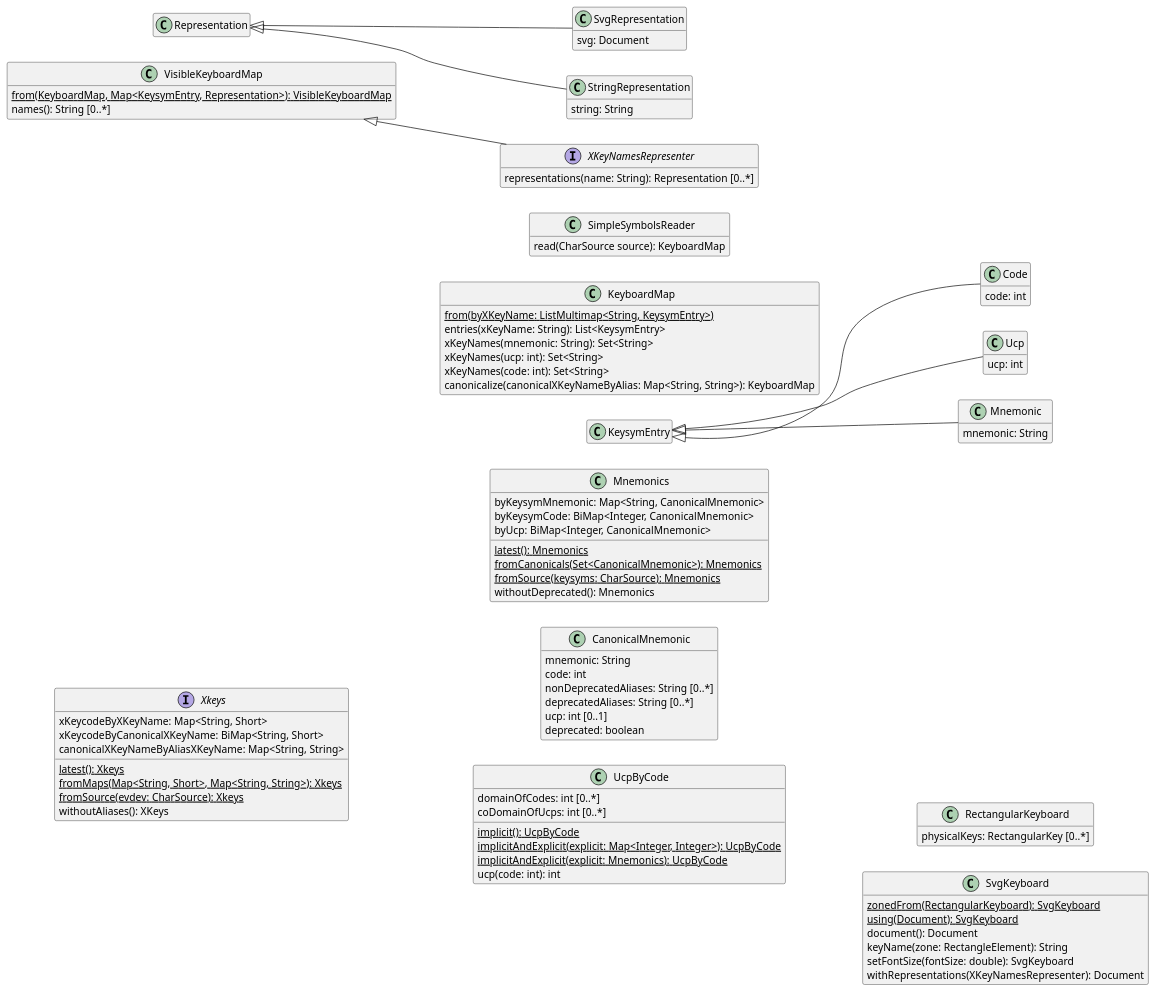
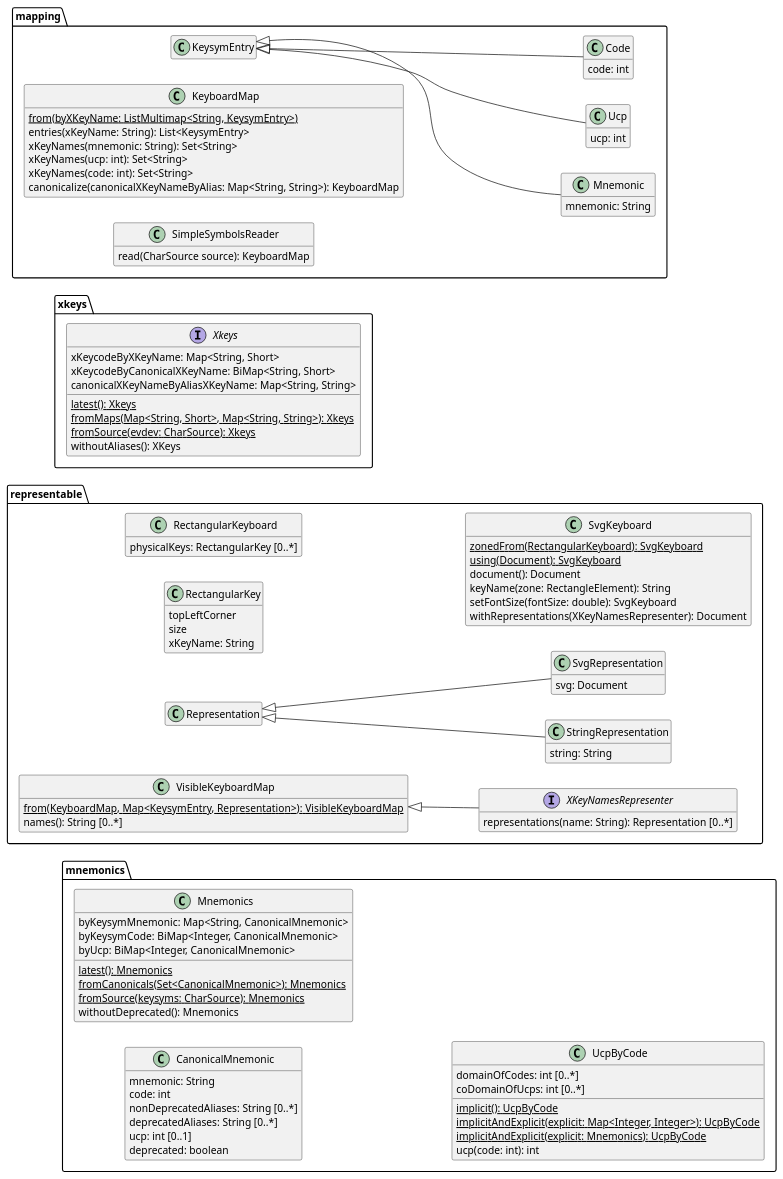
Before and after one commit to oliviercailloux/Keyboardd: the diagram in Main classes.wsd, drawn with PlantUML. The commit also changed 7 other files, not shown here.

```diff
--- a/Main classes.wsd
+++ b/Main classes.wsd
@@ -1,127 +1,119 @@
 @startuml Main classes
 hide empty members
 left to right direction
 
-interface "Xkeys" {
-  {static} latest(): Xkeys
-  {static} fromMaps(Map<String, Short>, Map<String, String>): Xkeys
-  {static} fromSource(evdev: CharSource): Xkeys
-  xKeycodeByXKeyName: Map<String, Short>
-  xKeycodeByCanonicalXKeyName: BiMap<String, Short>
-  canonicalXKeyNameByAliasXKeyName: Map<String, String>
-  withoutAliases(): XKeys
+package "xkeys" {
+  interface "Xkeys" {
+    {static} latest(): Xkeys
+    {static} fromMaps(Map<String, Short>, Map<String, String>): Xkeys
+    {static} fromSource(evdev: CharSource): Xkeys
+    xKeycodeByXKeyName: Map<String, Short>
+    xKeycodeByCanonicalXKeyName: BiMap<String, Short>
+    canonicalXKeyNameByAliasXKeyName: Map<String, String>
+    withoutAliases(): XKeys
+  }
 }
 
-together {
-  class "CanonicalMnemonic"
-  class "Mnemonics"
-  class "UcpByCode"
+package "mnemonics" {
+  class "CanonicalMnemonic" {
+    mnemonic: String
+    code: int
+    nonDeprecatedAliases: String [0..*]
+    deprecatedAliases: String [0..*]
+    ucp: int [0..1]
+    deprecated: boolean
+  }
+
+  class "Mnemonics" {
+    {static} latest(): Mnemonics
+    {static} fromCanonicals(Set<CanonicalMnemonic>): Mnemonics
+    {static} fromSource(keysyms: CharSource): Mnemonics
+    byKeysymMnemonic: Map<String, CanonicalMnemonic>
+    byKeysymCode: BiMap<Integer, CanonicalMnemonic>
+    byUcp: BiMap<Integer, CanonicalMnemonic>
+    withoutDeprecated(): Mnemonics
+  }
+
+  class "UcpByCode" {
+    {static} implicit(): UcpByCode
+    {static} implicitAndExplicit(explicit: Map<Integer, Integer>): UcpByCode
+    {static} implicitAndExplicit(explicit: Mnemonics): UcpByCode
+    domainOfCodes: int [0..*]
+    coDomainOfUcps: int [0..*]
+    ucp(code: int): int
+  }
 }
 
-class "CanonicalMnemonic" {
-   mnemonic: String
-   code: int
-   nonDeprecatedAliases: String [0..*]
-   deprecatedAliases: String [0..*]
-   ucp: int [0..1]
-   deprecated: boolean
+package "mapping" {
+  class "KeysymEntry" {}
+  class "Mnemonic" {
+    mnemonic: String
+  }
+  class "Ucp" {
+    ucp: int
+  }
+  class "Code" {
+    code: int
+  }
+
+  class "KeyboardMap" {
+    {static} from(byXKeyName: ListMultimap<String, KeysymEntry>)
+    entries(xKeyName: String): List<KeysymEntry>
+    xKeyNames(mnemonic: String): Set<String>
+    xKeyNames(ucp: int): Set<String>
+    xKeyNames(code: int): Set<String>
+    canonicalize(canonicalXKeyNameByAlias: Map<String, String>): KeyboardMap
+  }
+
+  class "SimpleSymbolsReader" {
+    read(CharSource source): KeyboardMap
+  }
+
+  "KeysymEntry" <|-- "Mnemonic"
+  "KeysymEntry" <|-- "Ucp"
+  "KeysymEntry" <|-- "Code"
 }
 
-class "Mnemonics" {
-  {static} latest(): Mnemonics
-  {static} fromCanonicals(Set<CanonicalMnemonic>): Mnemonics
-  {static} fromSource(keysyms: CharSource): Mnemonics
-  byKeysymMnemonic: Map<String, CanonicalMnemonic>
-  byKeysymCode: BiMap<Integer, CanonicalMnemonic>
-  byUcp: BiMap<Integer, CanonicalMnemonic>
-  withoutDeprecated(): Mnemonics
-}
+package "representable" {
+  class "Representation" {
+  }
+  class "StringRepresentation" {
+    string: String
+  }
+  class "SvgRepresentation" {
+    svg: Document
+  }
+  "Representation" <|-- "StringRepresentation"
+  "Representation" <|-- "SvgRepresentation"
 
-class "UcpByCode" {
-  {static} implicit(): UcpByCode
-  {static} implicitAndExplicit(explicit: Map<Integer, Integer>): UcpByCode
-  {static} implicitAndExplicit(explicit: Mnemonics): UcpByCode
-  domainOfCodes: int [0..*]
-  coDomainOfUcps: int [0..*]
-  ucp(code: int): int
-}
+  interface "XKeyNamesRepresenter" {
+    representations(name: String): Representation [0..*]
+  }
 
-together {
-  class "KeysymEntry"
-  class "Mnemonic" {}
-  class "Ucp" {}
-  class "Code" {}
-  class "KeyboardMap"
-  class "SimpleSymbolsReader"
-}
+  class "VisibleKeyboardMap" {
+    {static} from(KeyboardMap, Map<KeysymEntry, Representation>): VisibleKeyboardMap
+    names(): String [0..*]
+  }
+  "VisibleKeyboardMap" <|-- "XKeyNamesRepresenter"
 
-class "KeysymEntry" {}
-class "Mnemonic" {
-  mnemonic: String
-}
-class "Ucp" {
-  ucp: int
-}
-class "Code" {
-  code: int
-}
+  class "RectangularKey" {
+    topLeftCorner
+    size
+    xKeyName: String
+  }
+  
+  class "RectangularKeyboard" {
+    physicalKeys: RectangularKey [0..*]
+  }
 
-"KeysymEntry" <|-- "Mnemonic"
-"KeysymEntry" <|-- "Ucp"
-"KeysymEntry" <|-- "Code"
-
-class "KeyboardMap" {
-  {static} from(byXKeyName: ListMultimap<String, KeysymEntry>)
-  entries(xKeyName: String): List<KeysymEntry>
-  xKeyNames(mnemonic: String): Set<String>
-  xKeyNames(ucp: int): Set<String>
-  xKeyNames(code: int): Set<String>
-  canonicalize(canonicalXKeyNameByAlias: Map<String, String>): KeyboardMap
-}
-
-class "SimpleSymbolsReader" {
-  read(CharSource source): KeyboardMap
-}
-
-together {
-  class "Representation"
-  class "StringRepresentation"
-  class "SvgRepresentation"
-  class "VisibleKeyboardMap"
-}
-
-class "Representation" {
-}
-class "StringRepresentation" {
-  string: String
-}
-class "SvgRepresentation" {
-  svg: Document
-}
-"Representation" <|-- "StringRepresentation"
-"Representation" <|-- "SvgRepresentation"
-
-interface "XKeyNamesRepresenter" {
-  representations(name: String): Representation [0..*]
-}
-
-class "VisibleKeyboardMap" {
-  {static} from(KeyboardMap, Map<KeysymEntry, Representation>): VisibleKeyboardMap
-  names(): String [0..*]
-}
-"VisibleKeyboardMap" <|-- "XKeyNamesRepresenter"
-
-class "RectangularKeyboard" {
-  physicalKeys: RectangularKey [0..*]
-}
-
-class "SvgKeyboard" {
-  {static} zonedFrom(RectangularKeyboard): SvgKeyboard
-  {static} using(Document): SvgKeyboard
-  document(): Document
-  keyName(zone: RectangleElement): String
-  setFontSize(fontSize: double): SvgKeyboard
-  withRepresentations(XKeyNamesRepresenter): Document
+  class "SvgKeyboard" {
+    {static} zonedFrom(RectangularKeyboard): SvgKeyboard
+    {static} using(Document): SvgKeyboard
+    document(): Document
+    keyName(zone: RectangleElement): String
+    setFontSize(fontSize: double): SvgKeyboard
+    withRepresentations(XKeyNamesRepresenter): Document
+  }
 }
 
 @enduml
```
